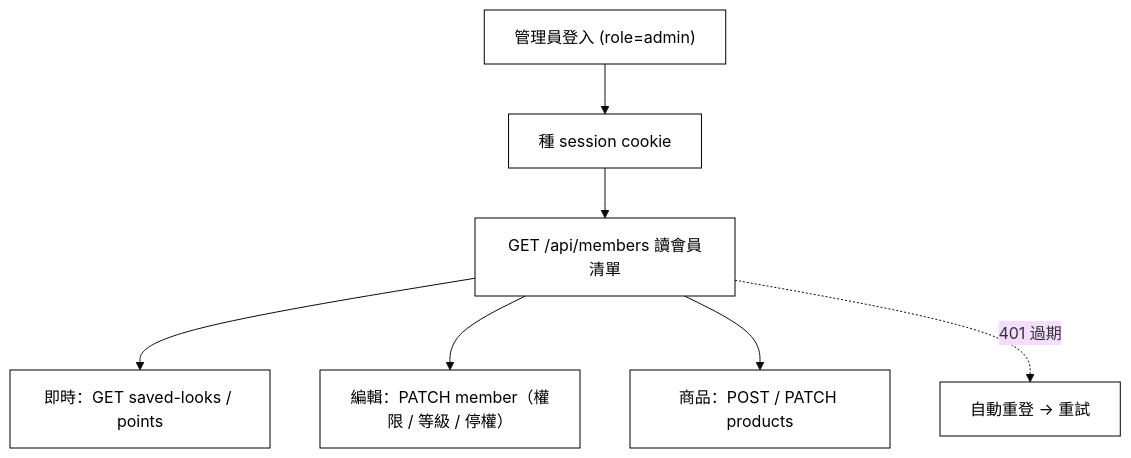
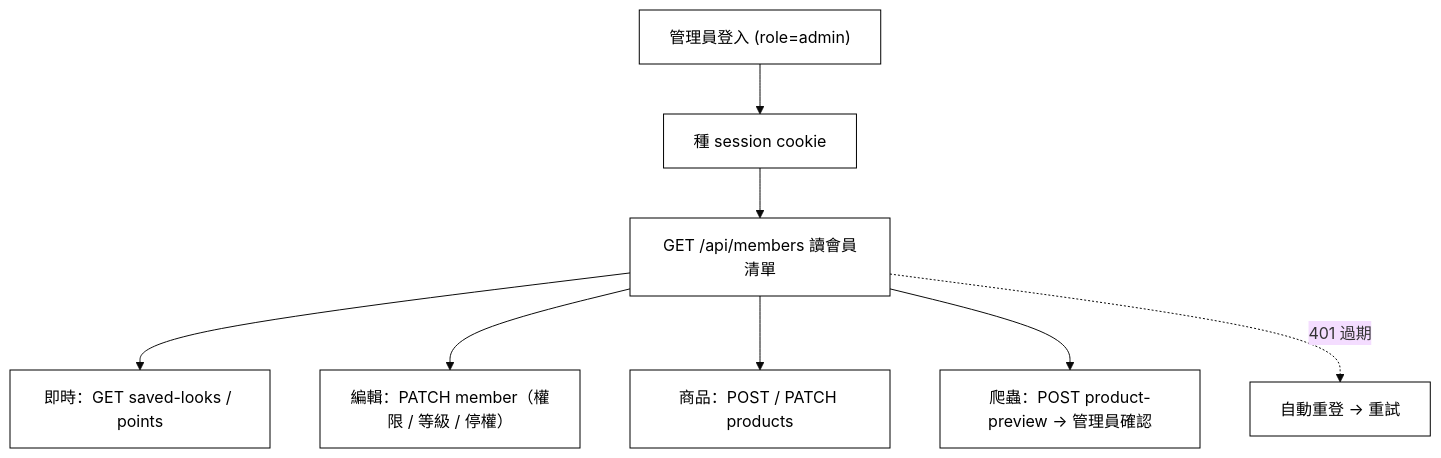
Before and after one commit to vivi930319/DecorateMeAI: the second of 2 diagrams in README.md, drawn with Mermaid (base theme). The commit also changed other lines of this file and 18 other files, not shown here.

````diff
--- a/README.md
+++ b/README.md
@@ -83,11 +84,12 @@
 ```mermaid
 flowchart TB
   classDef n fill:#ffffff,stroke:#000000,color:#000000;
   A["管理員登入 (role=admin)"] --> B["種 session cookie"]
   B --> C["GET /api/members 讀會員清單"]
   C --> D["即時：GET saved-looks / points"]
   C --> E["編輯：PATCH member（權限 / 等級 / 停權）"]
   C --> F["商品：POST / PATCH products"]
+  C --> H["爬蟲：POST product-preview → 管理員確認"]
   C -.401 過期.-> G["自動重登 → 重試"]
-  class A,B,C,D,E,F,G n;
+  class A,B,C,D,E,F,G,H n;
 ```
````
